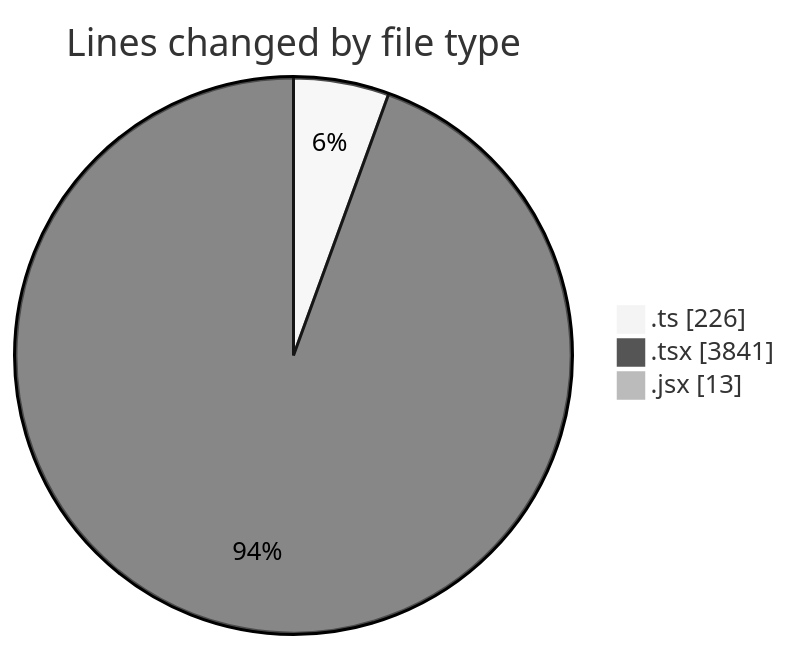
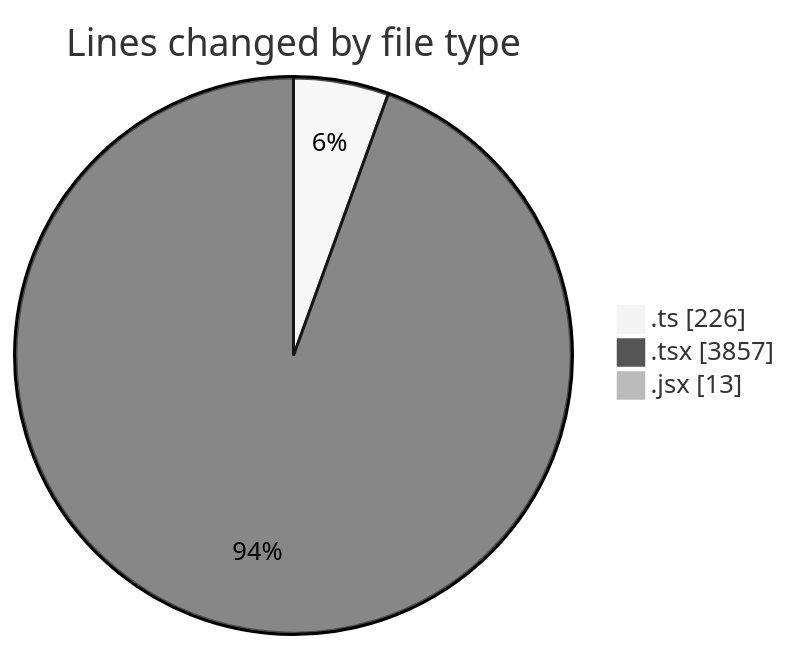
Before and after one commit to momahboobian/code-tracking: the first of 2 diagrams in 2025-12-02/cda/README.md, drawn with Mermaid (neutral theme). The commit also changed other lines of this file and 1 other file, not shown here.

````diff
--- a/2025-12-02/cda/README.md
+++ b/2025-12-02/cda/README.md
@@ -30,7 +30,7 @@
 ```mermaid
 pie showData
 title Lines changed by file type
 ".ts" : 226
-".tsx" : 3841
+".tsx" : 3857
 ".jsx" : 13
 ```
````
